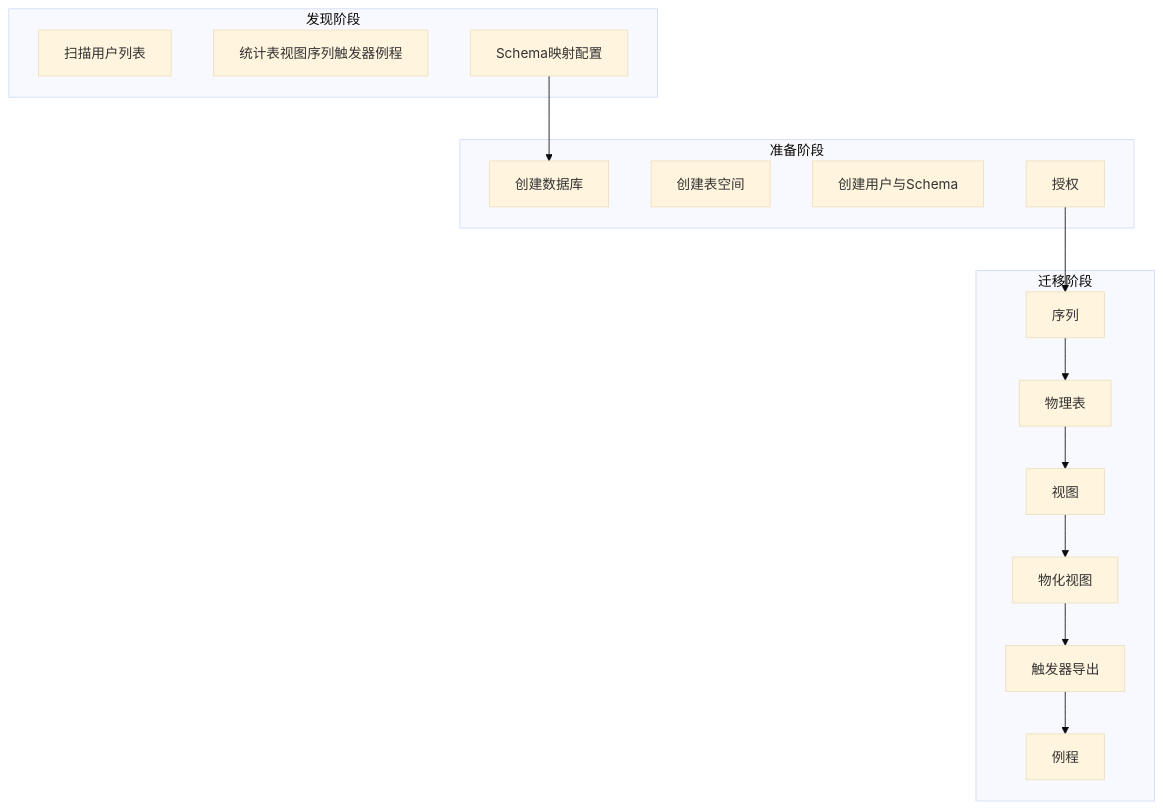
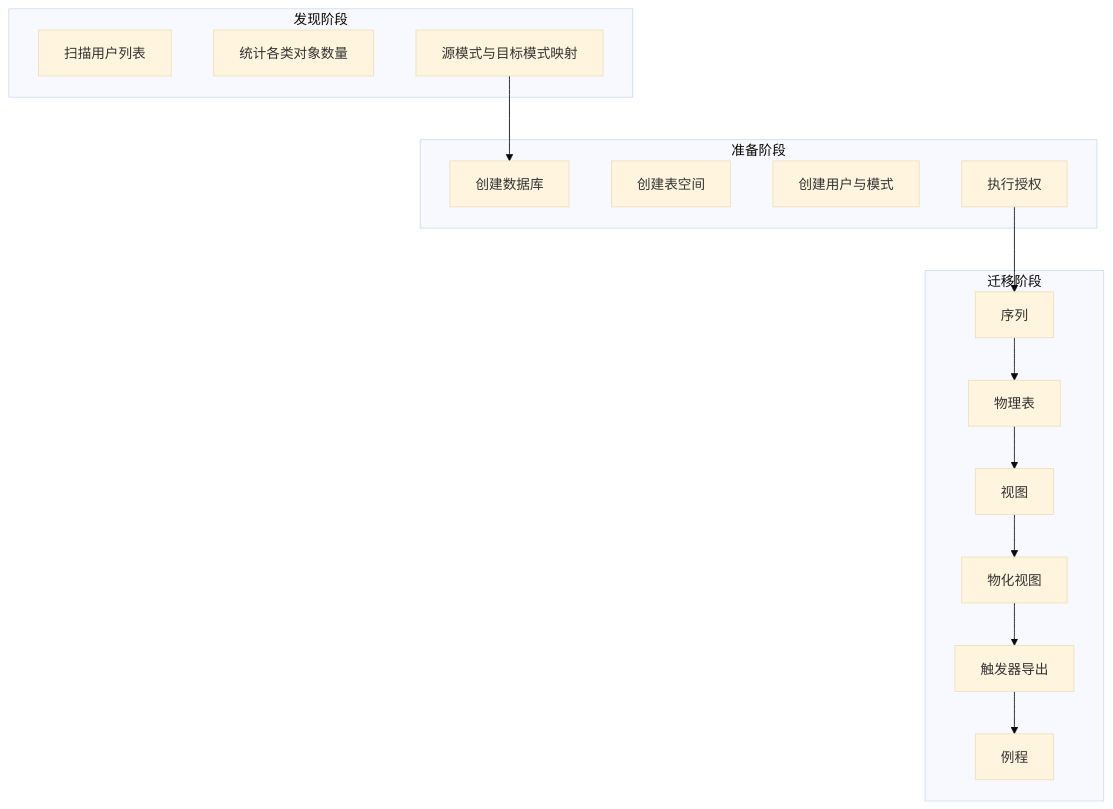
Before and after one commit to hayratjan/oracle2polardb_pg: the third of 5 diagrams in README.md, drawn with Mermaid (base theme). The commit also changed other lines of this file and 1 other file, not shown here.

First line of the commit message:
fix: 修复 Mermaid 10.9.3 语法并中文化图表与 Logo 布局

````diff
--- a/README.md
+++ b/README.md
@@ -259,25 +254,25 @@
 ```mermaid
 flowchart TB
-  subgraph discover [发现阶段]
+  subgraph discover ["发现阶段"]
     D1["扫描用户列表"]
-    D2["统计表视图序列触发器例程"]
-    D3["Schema映射配置"]
+    D2["统计各类对象数量"]
+    D3["源模式与目标模式映射"]
   end
-  subgraph prepare [准备阶段]
+  subgraph prepare ["准备阶段"]
     P1["创建数据库"]
     P2["创建表空间"]
-    P3["创建用户与Schema"]
-    P4["授权"]
+    P3["创建用户与模式"]
+    P4["执行授权"]
   end
-  subgraph migrate [迁移阶段]
+  subgraph migrate ["迁移阶段"]
     M1["序列"]
     M2["物理表"]
     M3["视图"]
     M4["物化视图"]
     M5["触发器导出"]
     M6["例程"]
   end
   D3 --> P1
   P4 --> M1
   M1 --> M2 --> M3 --> M4 --> M5 --> M6
 ```
````
